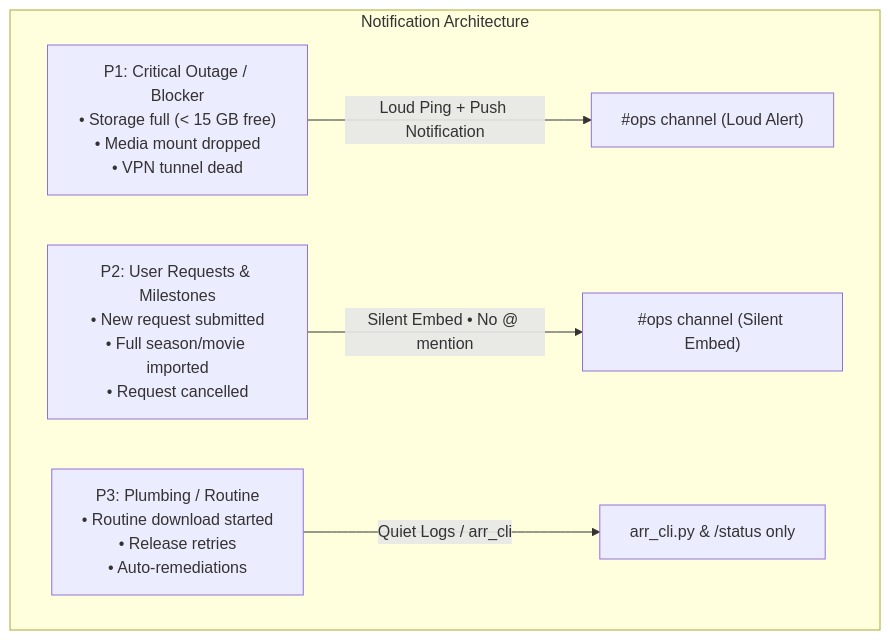
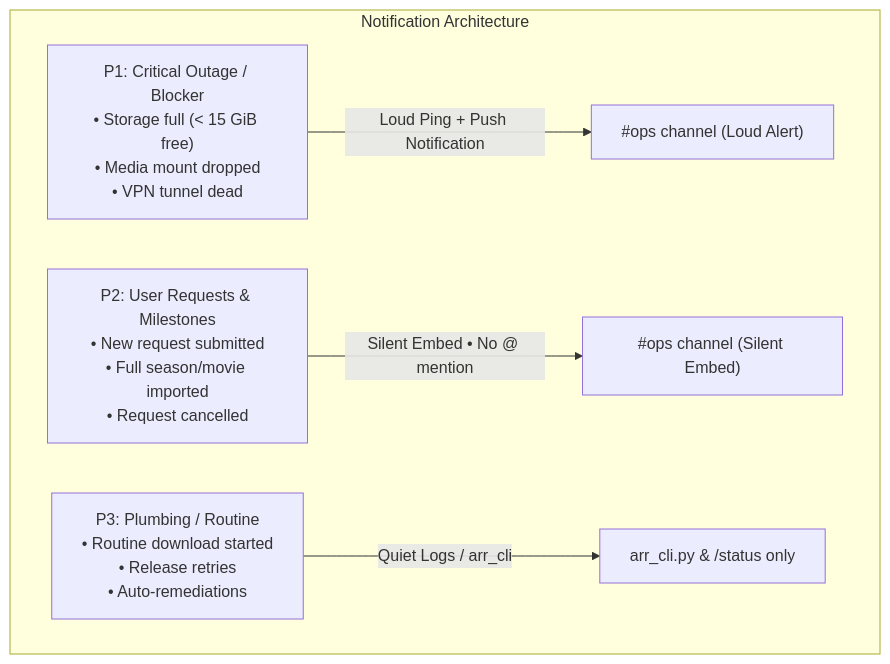
Before and after one commit to km-kushmathur/homelab: the diagram in docs/admin_notifications.md, drawn with Mermaid. The commit also changed other lines of this file and 30 other files, not shown here.

````diff
--- a/docs/admin_notifications.md
+++ b/docs/admin_notifications.md
@@ -7,8 +7,8 @@
 ```mermaid
 flowchart TD
     subgraph SRE_Plane["Notification Architecture"]
-        CRIT["P1: Critical Outage / Blocker\n• Storage full (< 15 GB free)\n• Media mount dropped\n• VPN tunnel dead"] -->|Loud Ping + Push Notification| OP1["#ops channel (Loud Alert)"]
+        CRIT["P1: Critical Outage / Blocker\n• Storage full (< 15 GiB free)\n• Media mount dropped\n• VPN tunnel dead"] -->|Loud Ping + Push Notification| OP1["#ops channel (Loud Alert)"]
         REQ["P2: User Requests & Milestones\n• New request submitted\n• Full season/movie imported\n• Request cancelled"] -->|Silent Embed • No @ mention| OP2["#ops channel (Silent Embed)"]
         GRAB["P3: Plumbing / Routine\n• Routine download started\n• Release retries\n• Auto-remediations"] -->|Quiet Logs / arr_cli| OP3["arr_cli.py & /status only"]
     end
 ```
````
